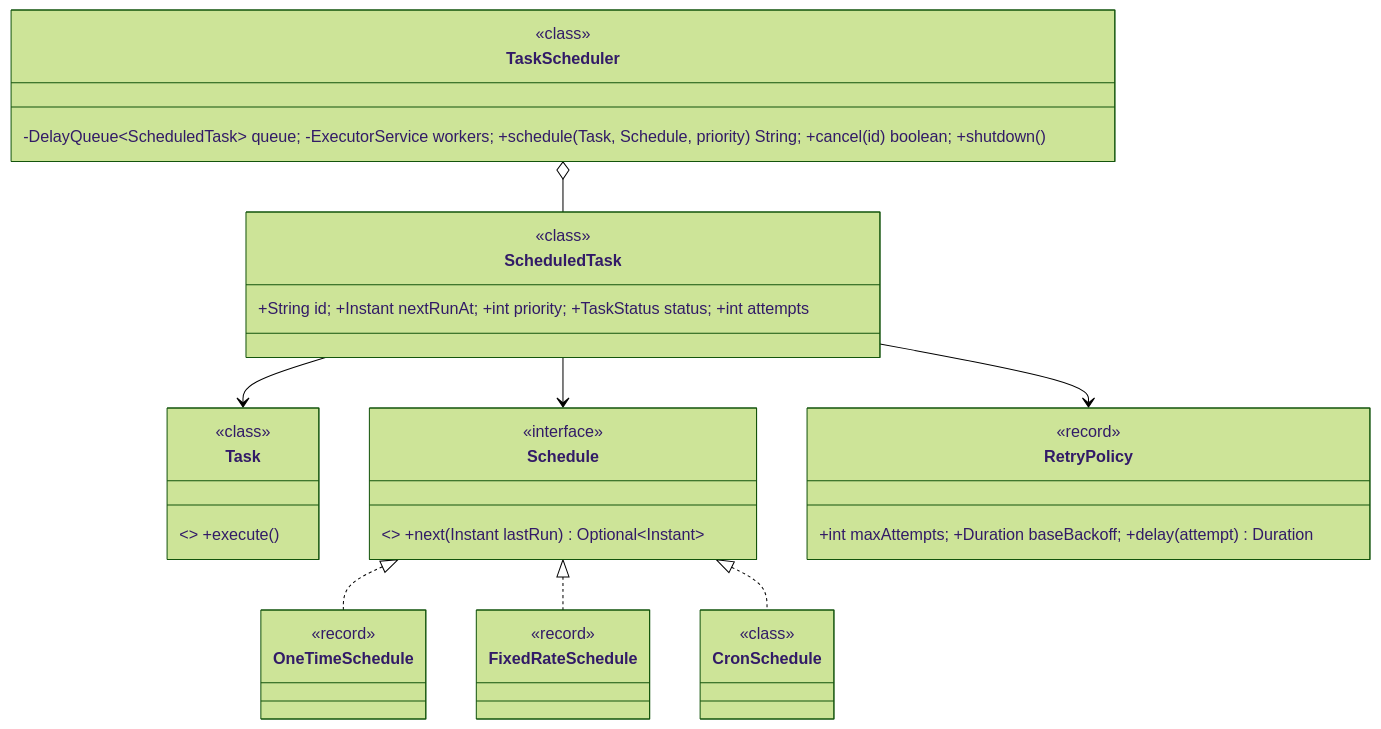
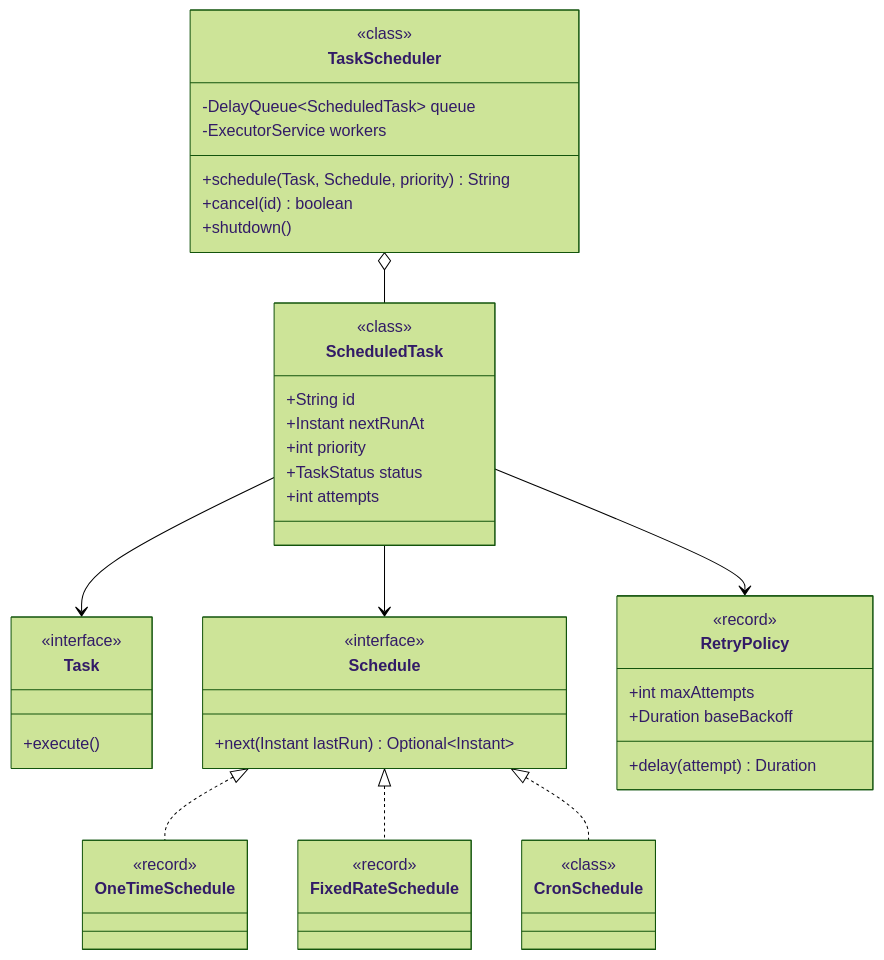
The first of 2 diagrams in system-design/lld/10-task-scheduler.md (amarkum/amarkumar.guru), drawn with Mermaid (forest theme) before and after one commit. The commit also changed other lines of this file and 27 other files, not shown here.

````diff
--- a/system-design/lld/10-task-scheduler.md
+++ b/system-design/lld/10-task-scheduler.md
@@ -37,39 +37,61 @@
 ```mermaid
 classDiagram
-    class Task { <<interface>> +execute() }
-    class Schedule { <<interface>> +next(Instant lastRun) Optional~Instant~ }
+    class Task {
+      <<interface>>
+      +execute()
+    }
+    class Schedule {
+      <<interface>>
+      +next(Instant lastRun) Optional~Instant~
+    }
     class OneTimeSchedule {
       <<record>>
     }
     class FixedRateSchedule {
       <<record>>
     }
     class CronSchedule {
       <<class>>
     }
-    class RetryPolicy { +int maxAttempts; +Duration baseBackoff; +delay(attempt) Duration }
-    class ScheduledTask { +String id; +Instant nextRunAt; +int priority; +TaskStatus status; +int attempts }
-    class TaskScheduler { -DelayQueue~ScheduledTask~ queue; -ExecutorService workers; +schedule(Task, Schedule, priority) String; +cancel(id) boolean; +shutdown() }
+    class RetryPolicy {
+      +int maxAttempts
+      +Duration baseBackoff
+      +delay(attempt) Duration
+    }
+    class ScheduledTask {
+      +String id
+      +Instant nextRunAt
+      +int priority
+      +TaskStatus status
+      +int attempts
+    }
+    class TaskScheduler {
+      -DelayQueue~ScheduledTask~ queue
+      -ExecutorService workers
+      +schedule(Task, Schedule, priority) String
+      +cancel(id) boolean
+      +shutdown()
+    }
     Schedule <|.. OneTimeSchedule
     Schedule <|.. FixedRateSchedule
     Schedule <|.. CronSchedule
     ScheduledTask --> Task
     ScheduledTask --> Schedule
     ScheduledTask --> RetryPolicy
     TaskScheduler o-- ScheduledTask
     class ScheduledTask {
       <<class>>
     }
     class RetryPolicy {
       <<record>>
     }
     class TaskScheduler {
       <<class>>
     }
     class Schedule {
       <<interface>>
     }
     class Task {
       <<class>>
     }
 ```
````
